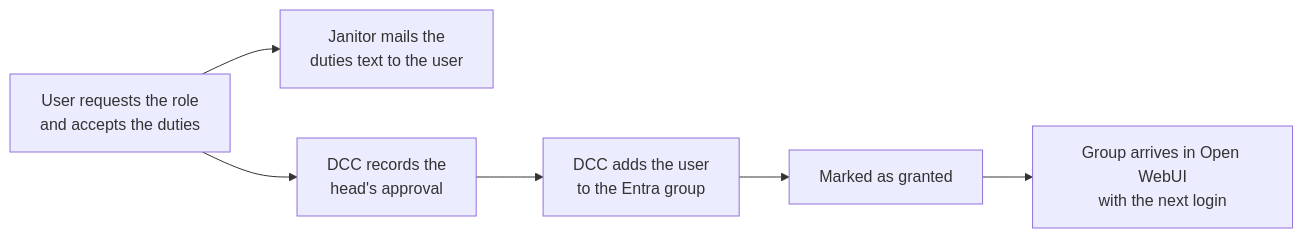
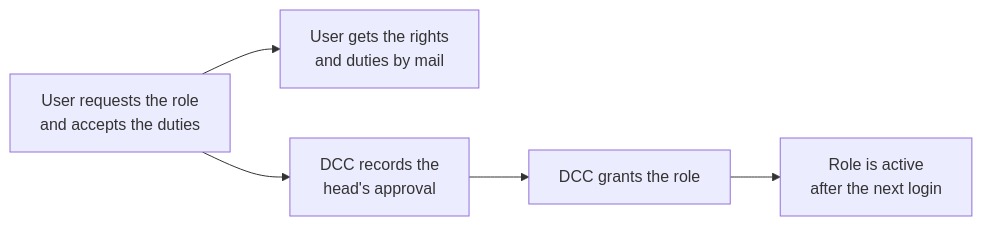
Before and after one commit to DCC-BS/documentation: the diagram in markdown/apps/bebbi-bot/governance.md, drawn with Mermaid. The commit also changed other lines of this file and 1 other file, not shown here.

````diff
--- a/markdown/apps/bebbi-bot/governance.md
+++ b/markdown/apps/bebbi-bot/governance.md
@@ -61,8 +49,7 @@
 ```mermaid
 graph LR
-    A[User requests the role<br/>and accepts the duties] --> B[Janitor mails the<br/>duties text to the user]
+    A[User requests the role<br/>and accepts the duties] --> B[User gets the rights<br/>and duties by mail]
     A --> C[DCC records the<br/>head's approval]
-    C --> D[DCC adds the user<br/>to the Entra group]
-    D --> E[Marked as granted]
-    E --> F[Group arrives in Open WebUI<br/>with the next login]
+    C --> D[DCC grants the role]
+    D --> E[Role is active<br/>after the next login]
 ```
````
